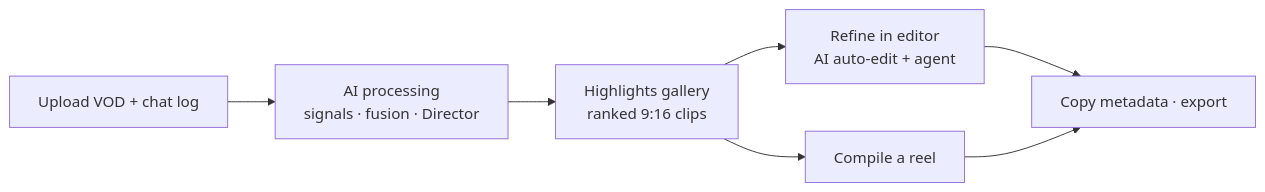
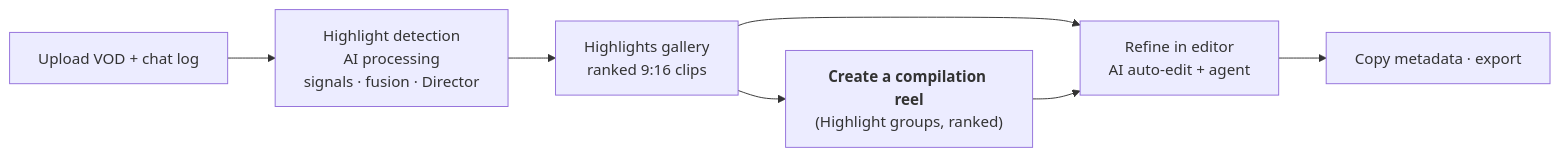
The first of 7 diagrams in README.md (jnnishio/ViralflowAI-AWS-Summit-Hacks), drawn with Mermaid before and after one commit. The commit also changed other lines of this file and 3 other files, not shown here.

````diff
--- a/README.md
+++ b/README.md
@@ -28,9 +27,9 @@
 ```mermaid
 flowchart LR
-    U[Upload VOD + chat log] --> P[AI processing<br/>signals · fusion · Director]
+    U[Upload VOD + chat log] --> P[Highlight detection<br/>AI processing<br/>signals · fusion · Director]
     P --> H[Highlights gallery<br/>ranked 9:16 clips]
     H --> E[Refine in editor<br/>AI auto-edit + agent]
-    H --> C[Compile a reel]
+    H --> C["`**Create a compilation reel**<br/>(Highlight groups, ranked)`"]
+    C --> E
     E --> X[Copy metadata · export]
-    C --> X
 ```
````
